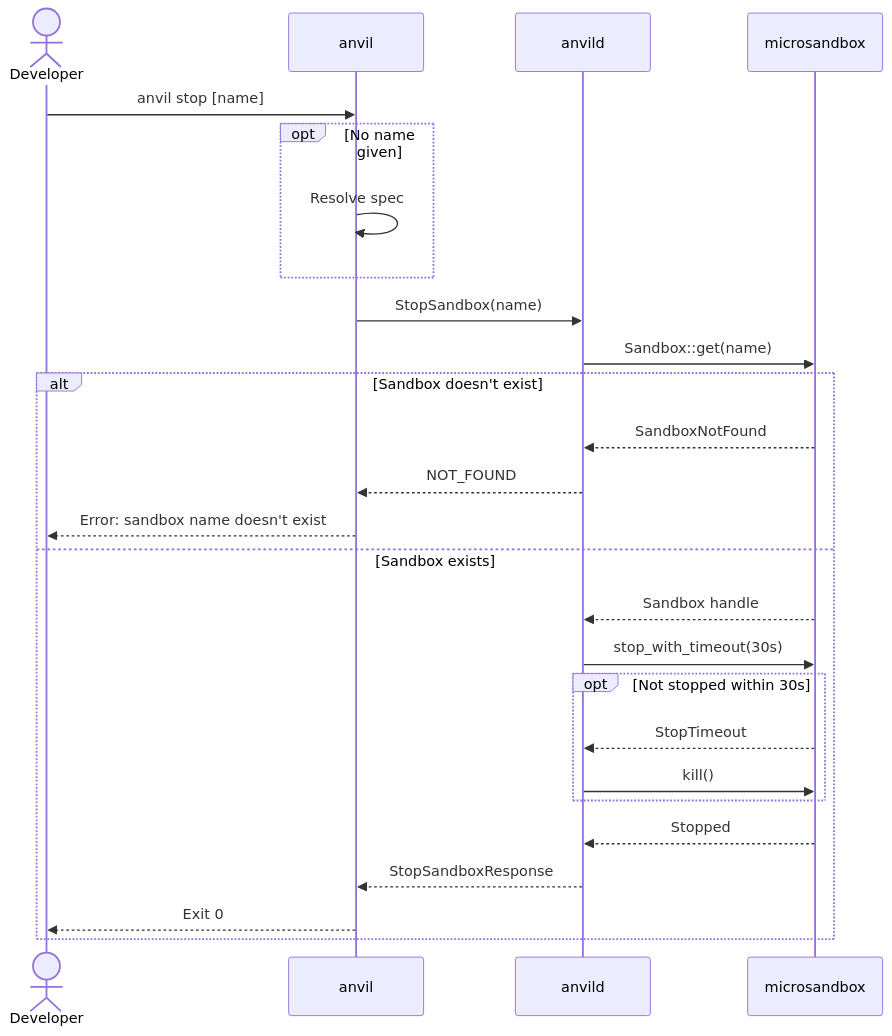
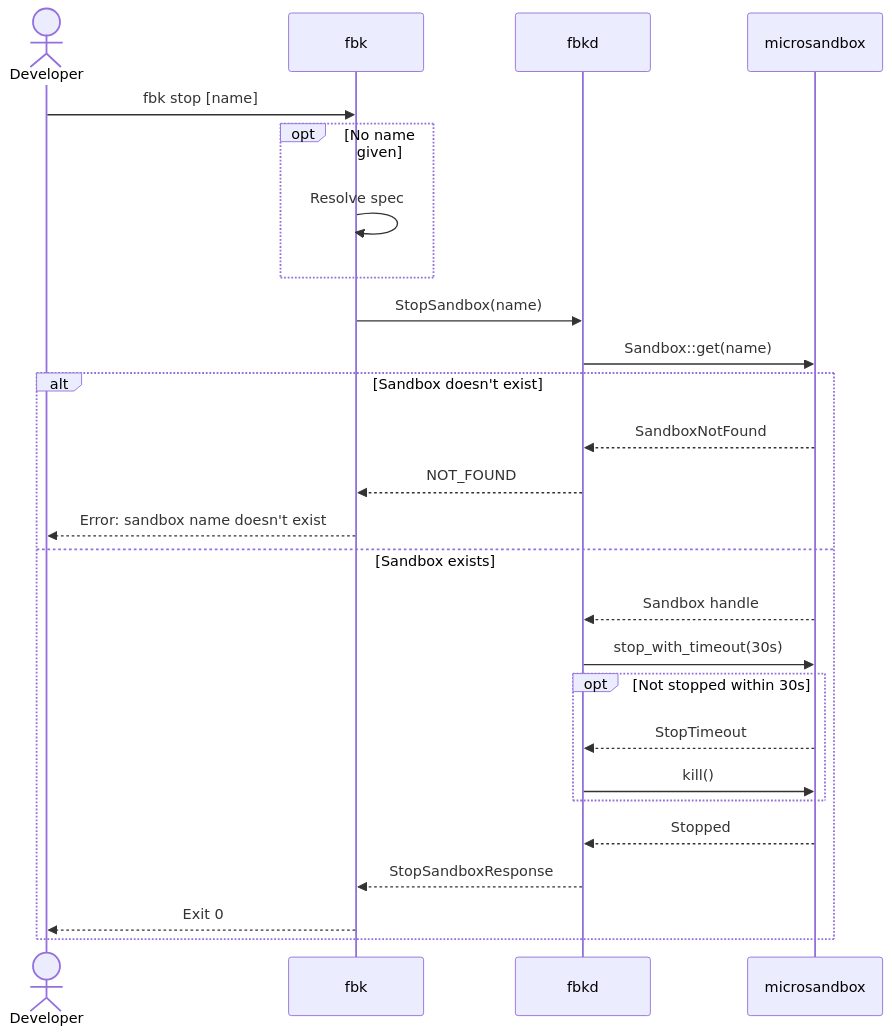
One commit to wmeints/anvil changed the second of 6 diagrams in docs/architecture/06-runtime-view.md. Above: the diagram before and after it, drawn with Mermaid. The commit also changed other lines of this file and 57 other files, not shown here.

````diff
--- a/docs/architecture/06-runtime-view.md
+++ b/docs/architecture/06-runtime-view.md
@@ -108,29 +109,29 @@
 ```mermaid
 sequenceDiagram
     actor Dev as Developer
-    participant CLI as anvil
-    participant D as anvild
+    participant CLI as fbk
+    participant D as fbkd
     participant MS as microsandbox
 
-    Dev->>CLI: anvil stop [name]
+    Dev->>CLI: fbk stop [name]
     opt No name given
         CLI->>CLI: Resolve spec
     end
     CLI->>D: StopSandbox(name)
     D->>MS: Sandbox::get(name)
     alt Sandbox doesn't exist
         MS-->>D: SandboxNotFound
         D-->>CLI: NOT_FOUND
         CLI-->>Dev: Error: sandbox name doesn't exist
     else Sandbox exists
         MS-->>D: Sandbox handle
         D->>MS: stop_with_timeout(30s)
         opt Not stopped within 30s
             MS-->>D: StopTimeout
             D->>MS: kill()
         end
         MS-->>D: Stopped
         D-->>CLI: StopSandboxResponse
         CLI-->>Dev: Exit 0
     end
 ```
````
